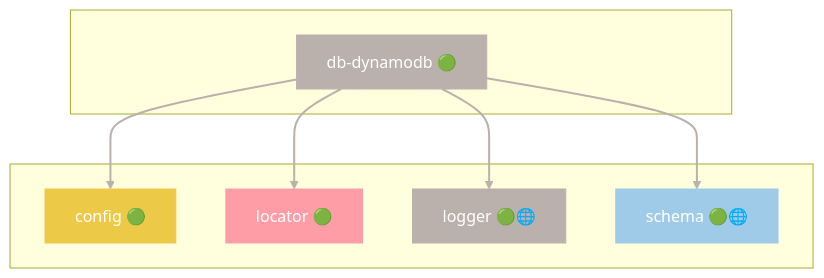
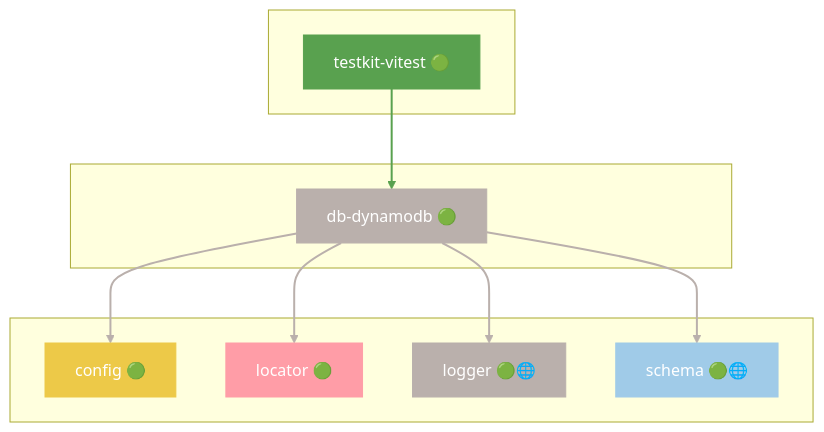
One commit to grest-ts/grest-ts changed diagram 11 of 45 in docs/DEPENDENCIES.md. Above: the diagram before and after it, drawn with Mermaid. The commit also changed other lines of this file and 22 other files, not shown here.

````diff
--- a/docs/DEPENDENCIES.md
+++ b/docs/DEPENDENCIES.md
@@ -705,25 +729,31 @@
 ```mermaid
 flowchart TB
+    subgraph Dependents[" "]
+        testkit-vitest["testkit-vitest 🟢"]
+    end
     subgraph Package[" "]
         db-dynamodb["db-dynamodb 🟢"]
     end
     subgraph Dependencies[" "]
         config["config 🟢"]
         locator["locator 🟢"]
         logger["logger 🟢🌐"]
         schema["schema 🟢🌐"]
     end
+    testkit-vitest --> db-dynamodb
     db-dynamodb --> config
     db-dynamodb --> locator
     db-dynamodb --> logger
     db-dynamodb --> schema
     style db-dynamodb fill:#BAB0AC,stroke:#BAB0AC,color:#fff
+    style testkit-vitest fill:#59A14F,stroke:#59A14F,color:#fff
     style config fill:#EDC948,stroke:#EDC948,color:#fff
     style locator fill:#FF9DA7,stroke:#FF9DA7,color:#fff
     style logger fill:#BAB0AC,stroke:#BAB0AC,color:#fff
     style schema fill:#A0CBE8,stroke:#A0CBE8,color:#fff
-    linkStyle 0 stroke:#BAB0AC,stroke-width:2px
+    linkStyle 0 stroke:#59A14F,stroke-width:2px
     linkStyle 1 stroke:#BAB0AC,stroke-width:2px
     linkStyle 2 stroke:#BAB0AC,stroke-width:2px
     linkStyle 3 stroke:#BAB0AC,stroke-width:2px
+    linkStyle 4 stroke:#BAB0AC,stroke-width:2px
 ```
````
